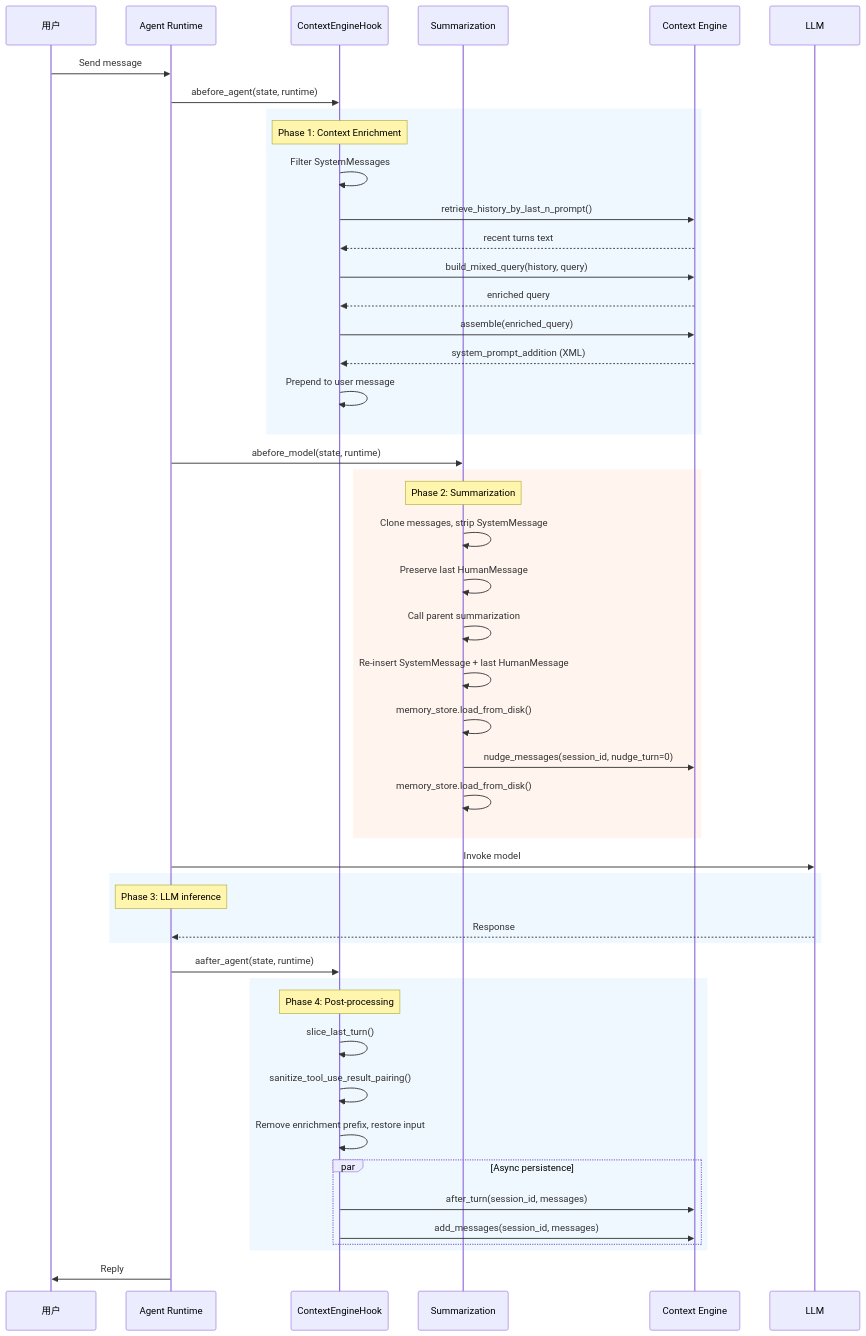
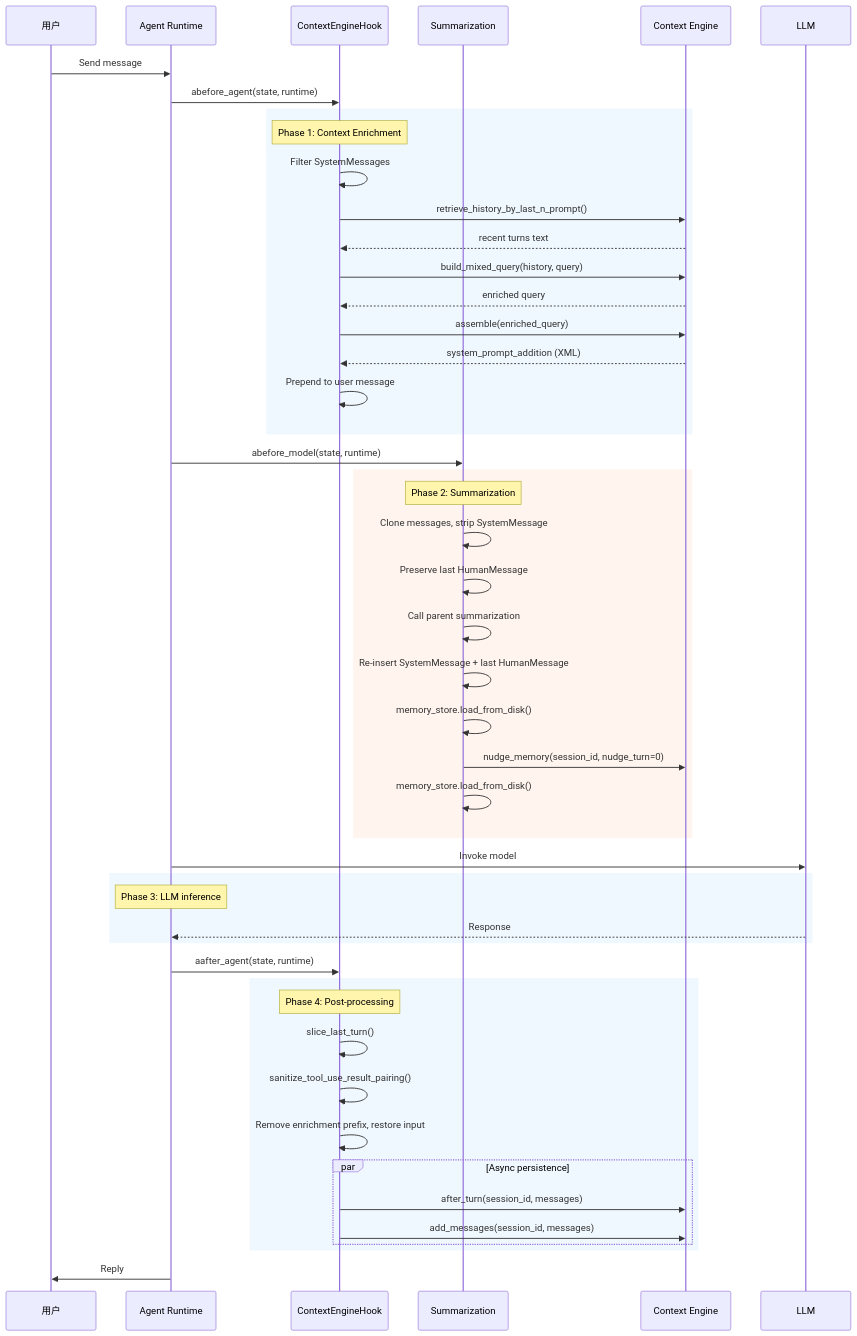
One commit to lasertsole/sherry_agent changed the diagram in agent/middlewares/README.md. Above: the diagram before and after it, drawn with Mermaid. The commit also changed other lines of this file and 13 other files, not shown here.

````diff
--- a/agent/middlewares/README.md
+++ b/agent/middlewares/README.md
@@ -497,59 +497,59 @@
 ```mermaid
 sequenceDiagram
     participant User as 用户
     participant Agent as Agent Runtime
     participant CEHook as ContextEngineHook
     participant Summ as Summarization
     participant CE as Context Engine
     participant LLM
 
     User->>Agent: Send message
     Agent->>CEHook: abefore_agent(state, runtime)
     
     rect rgb(240, 248, 255)
         Note over CEHook: Phase 1: Context Enrichment
         CEHook->>CEHook: Filter SystemMessages
         CEHook->>CE: retrieve_history_by_last_n_prompt()
         CE-->>CEHook: recent turns text
         CEHook->>CE: build_mixed_query(history, query)
         CE-->>CEHook: enriched query
         CEHook->>CE: assemble(enriched_query)
         CE-->>CEHook: system_prompt_addition (XML)
         CEHook->>CEHook: Prepend to user message
     end
     
     Agent->>Summ: abefore_model(state, runtime)
     
     rect rgb(255, 245, 238)
         Note over Summ: Phase 2: Summarization
         Summ->>Summ: Clone messages, strip SystemMessage
         Summ->>Summ: Preserve last HumanMessage
         Summ->>Summ: Call parent summarization
         Summ->>Summ: Re-insert SystemMessage + last HumanMessage
         Summ->>Summ: memory_store.load_from_disk()
-        Summ->>CE: nudge_messages(session_id, nudge_turn=0)
+        Summ->>CE: nudge_memory(session_id, nudge_turn=0)
         Summ->>Summ: memory_store.load_from_disk()
     end
     
     Agent->>LLM: Invoke model
     
     rect rgb(240, 248, 255)
         Note over Agent: Phase 3: LLM inference
         LLM-->>Agent: Response
     end
     
     Agent->>CEHook: aafter_agent(state, runtime)
     
     rect rgb(240, 248, 255)
         Note over CEHook: Phase 4: Post-processing
         CEHook->>CEHook: slice_last_turn()
         CEHook->>CEHook: sanitize_tool_use_result_pairing()
         CEHook->>CEHook: Remove enrichment prefix, restore input
         par Async persistence
             CEHook->>CE: after_turn(session_id, messages)
             CEHook->>CE: add_messages(session_id, messages)
         end
     end
     
     Agent->>User: Reply
 ```
````
